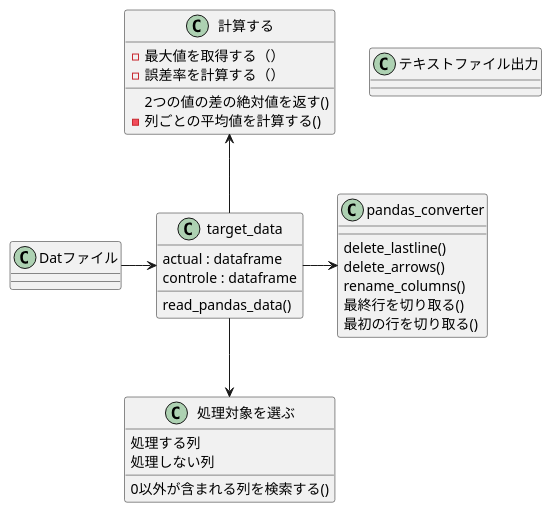
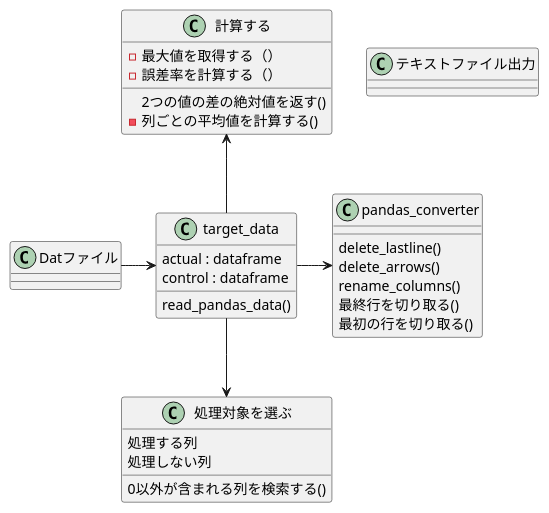
The diagram in class.pu (Dirty-Tester/python_practice), drawn with PlantUML before and after one commit. The commit also changed 8 other files, not shown here.

```diff
--- a/class.pu
+++ b/class.pu
@@ -1,41 +1,41 @@
 @startuml sequence
 
 Datファイル -> target_data
 
 target_data -right-> pandas_converter
 target_data -down-> 処理対象を選ぶ
 target_data -up-> 計算する
 
 class Datファイル
 
 class target_data{
     actual : dataframe
-    controle : dataframe
+    control : dataframe
     read_pandas_data()
 }
 
 class pandas_converter{
     delete_lastline()
     delete_arrows()
     rename_columns()
     最終行を切り取る()
     最初の行を切り取る()
 }
 
 class 処理対象を選ぶ{
     処理する列
     処理しない列
     0以外が含まれる列を検索する()
 }
 
 class 計算する{
     2つの値の差の絶対値を返す()
     - 列ごとの平均値を計算する()
     - 最大値を取得する（）
     - 誤差率を計算する（）
 }
 
 class テキストファイル出力{
 }
 
 @enduml
```
